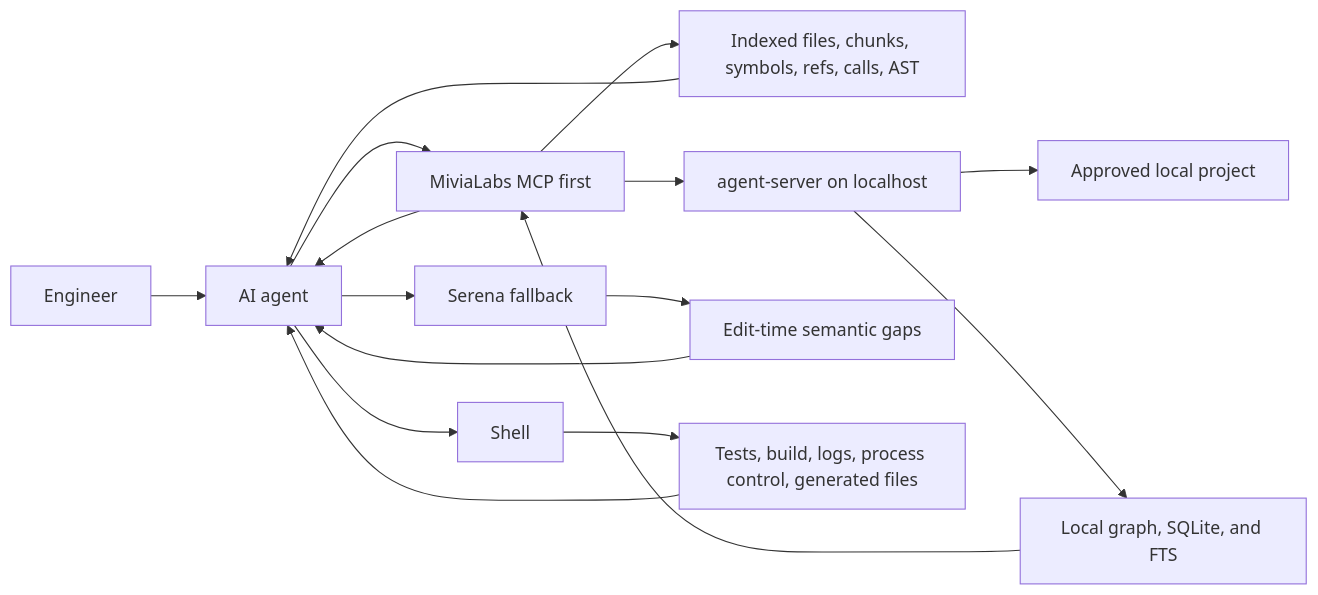
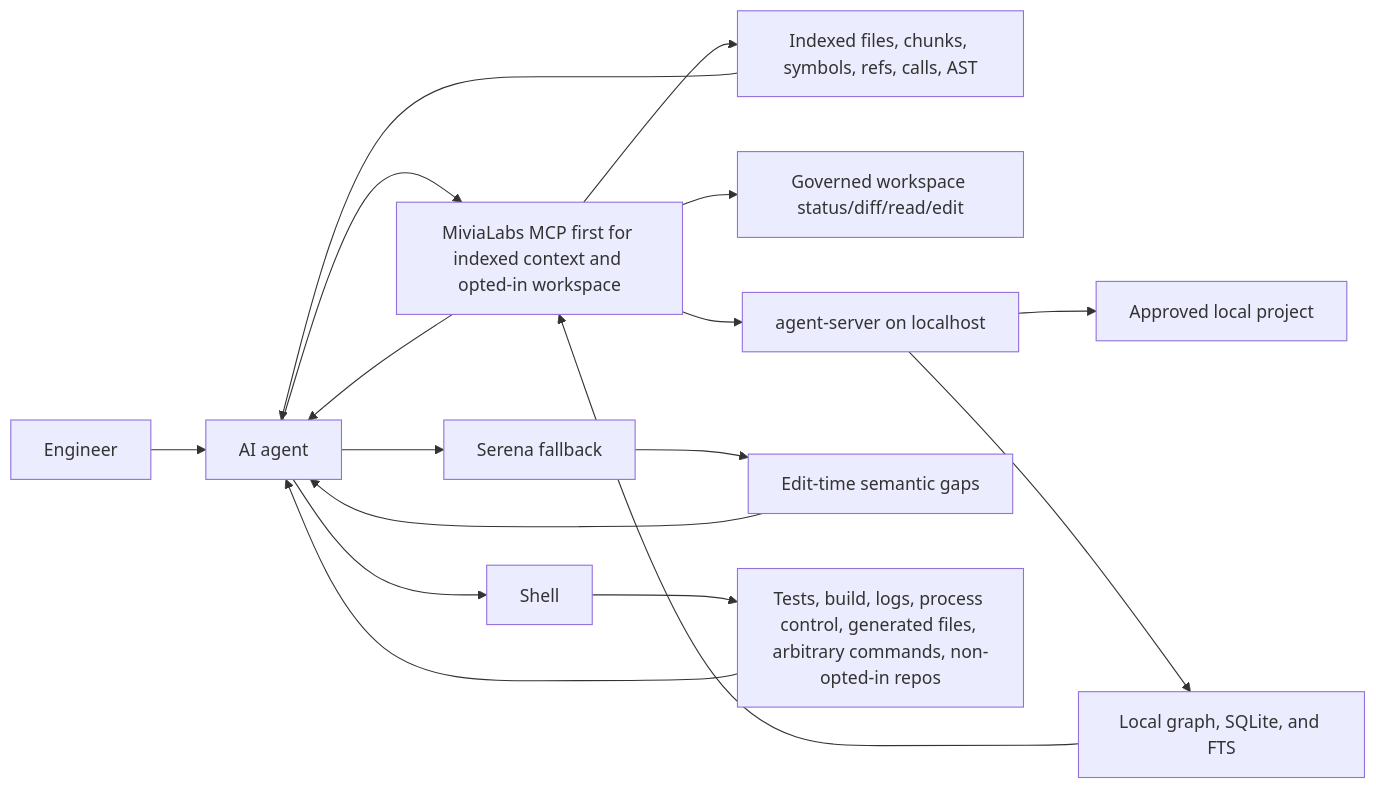
Before and after one commit to MiviaLabs/go-mivia: the diagram in docs/agent-context-guide.md, drawn with Mermaid. The commit also changed other lines of this file and 6 other files, not shown here.

Commit message:
docs(workspace): refresh workspace mcp documentation

````diff
--- a/docs/agent-context-guide.md
+++ b/docs/agent-context-guide.md
@@ -20,18 +20,19 @@
 ```mermaid
 flowchart LR
   Engineer["Engineer"] --> Agent["AI agent"]
-  Agent --> MCP["MiviaLabs MCP first"]
+  Agent --> MCP["MiviaLabs MCP first for indexed context and opted-in workspace"]
   Agent --> Serena["Serena fallback"]
   Agent --> Shell["Shell"]
   MCP --> Indexed["Indexed files, chunks, symbols, refs, calls, AST"]
+  MCP --> Workspace["Governed workspace status/diff/read/edit"]
   MCP --> Server["agent-server on localhost"]
   Server --> Project["Approved local project"]
   Server --> Store["Local graph, SQLite, and FTS"]
   Store --> MCP
   Indexed --> Agent
   Serena --> Code["Edit-time semantic gaps"]
-  Shell --> Disk["Tests, build, logs, process control, generated files"]
+  Shell --> Disk["Tests, build, logs, process control, generated files, arbitrary commands, non-opted-in repos"]
   Code --> Agent
   Disk --> Agent
   MCP --> Agent
 ```
````
